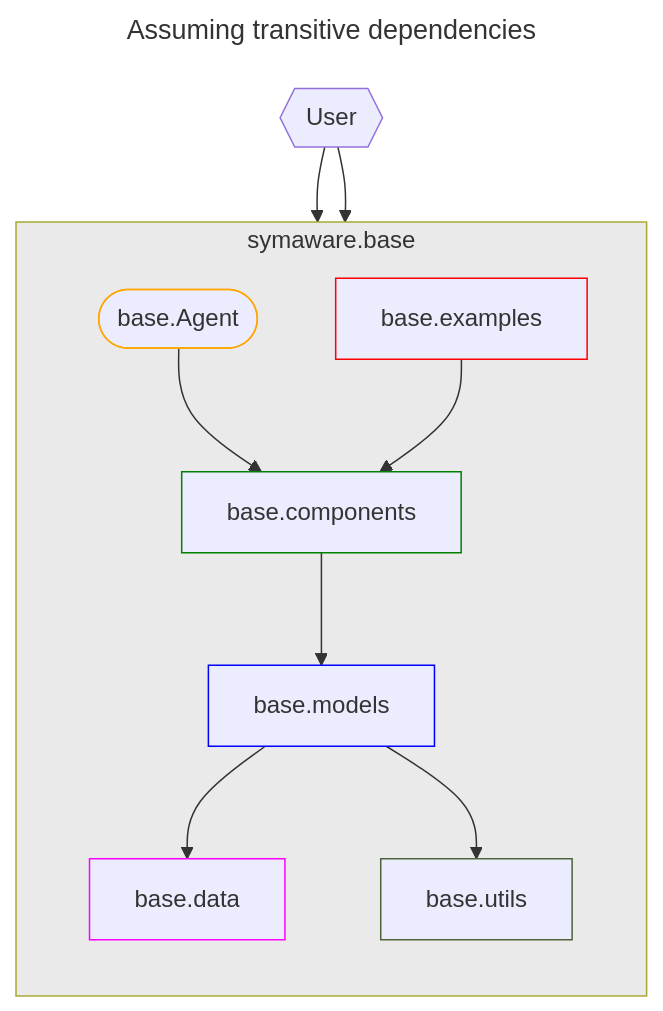
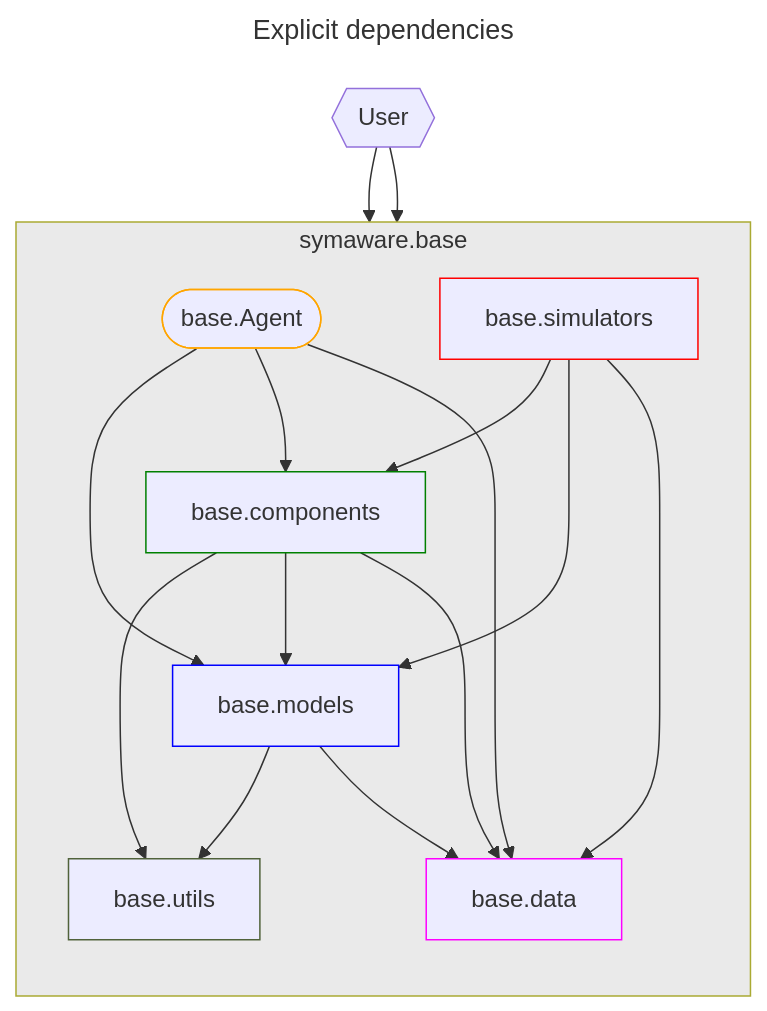
The fifth of 8 diagrams in presentations/EICSymAware-package/README.md (TendTo/Newcastle-Presentations), drawn with Mermaid before and after one commit. The commit also changed other lines of this file and 1 other file, not shown here.

````diff
--- a/presentations/EICSymAware-package/README.md
+++ b/presentations/EICSymAware-package/README.md
@@ -186,40 +186,46 @@
 ```mermaid
 ---
-title: Assuming transitive dependencies
+title: Explicit dependencies
 ---
 flowchart TB
     user{{User}}
     subgraph base["symaware.base"]
         direction TB
         agent([base.Agent])
-        examples[base.examples]
+        simulators[base.simulators]
         components[base.components]
         models[base.models]
+        utils[base.utils]
         data[base.data]
-        utils[base.utils]
     end
 
 user --> agent
-user --> examples
+user --> simulators
+agent --> models
 agent --> components
-examples --> components
+agent --> data
+simulators --> components
+simulators --> models
+simulators --> data
+components --> utils
 components --> models
+components --> data
+models --> utils
 models --> data
-models --> utils
 
 classDef background fill:#00000015
 classDef yellow stroke:#50623A,stroke-width:1px
 classDef red stroke:red,stroke-width:1px
 classDef green stroke:green,stroke-width:1px
 classDef blue stroke:blue,stroke-width:1px
 classDef orange stroke:orange,stroke-width:1px
 classDef magenta stroke:magenta,stroke-width:1px
 
-class examples red;
+class simulators red;
 class agent orange;
 class components green;
 class models blue;
 class utils yellow;
 class data magenta;
 class base background;
 ```
````
